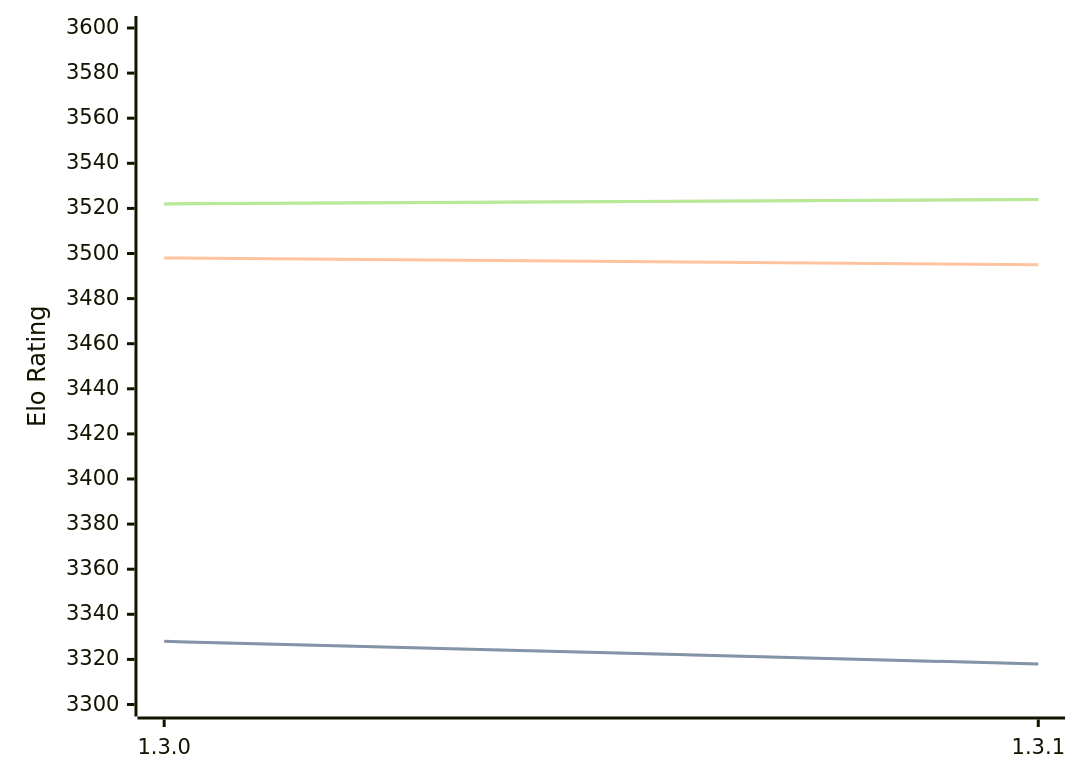
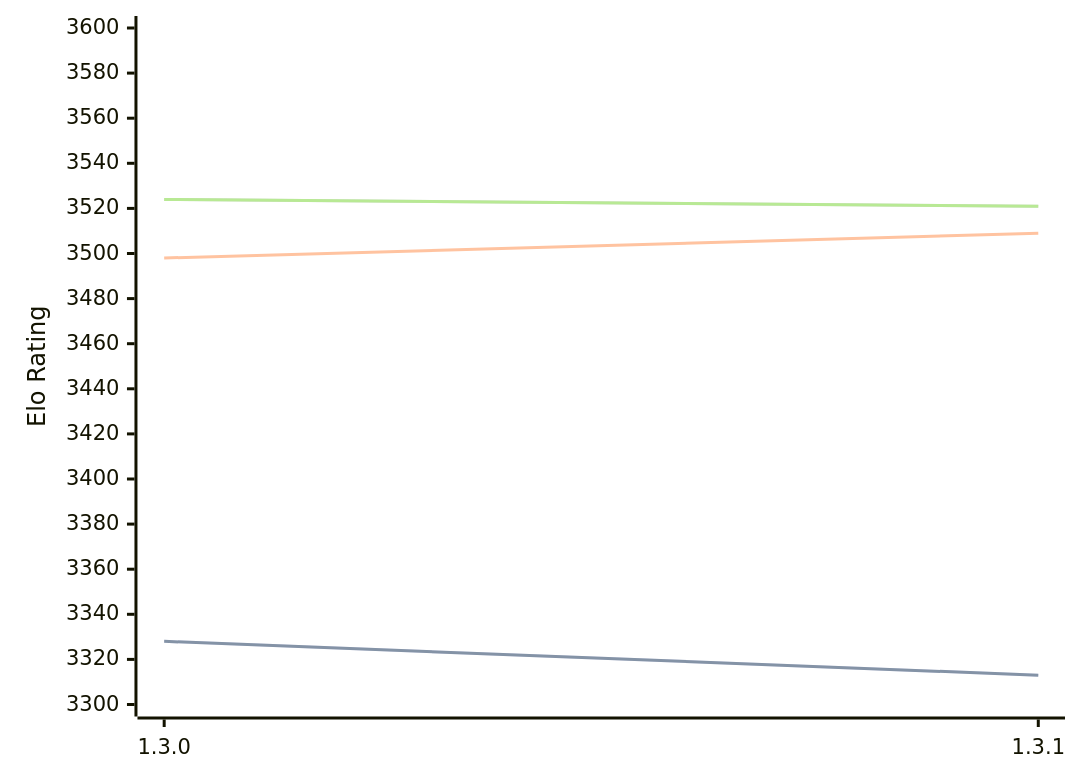
Before and after one commit to computer-chess-index/cci: the third of 3 diagrams in engines/Renegade.md, drawn with Mermaid. The commit also changed other lines of this file, not shown here.

Commit message:
Update CCI Ratings (ELO VLTC) - 2026-07-17

````diff
--- a/engines/Renegade.md
+++ b/engines/Renegade.md
@@ -75,11 +75,11 @@
 ```mermaid
 %%{init: {"theme":"base","themeVariables":{"seriesColors:['#a3a3a3','#222221','#faa371']}}}%%
 xychart-beta
   x-axis ["1.3.0", "1.3.1"]
   y-axis "Elo Rating" 3300 --> 3600
-  line "STC (8.0+0.08s)" [3328, 3318]
-  line "STC (8.0+0.08s)" [3328, 3318]
-  line "LTC (60.0+0.60s)" [3498, 3495]
-  line "VLTC (2m24s+1.12s)" [3522, 3524]
-  line "VLTC (2m24s+1.12s)" [3522, 3524]
+  line "STC (8.0+0.08s)" [3328, 3313]
+  line "STC (8.0+0.08s)" [3328, 3313]
+  line "LTC (60.0+0.60s)" [3498, 3509]
+  line "VLTC (2m24s+1.12s)" [3524, 3521]
+  line "VLTC (2m24s+1.12s)" [3524, 3521]
 ```
````
